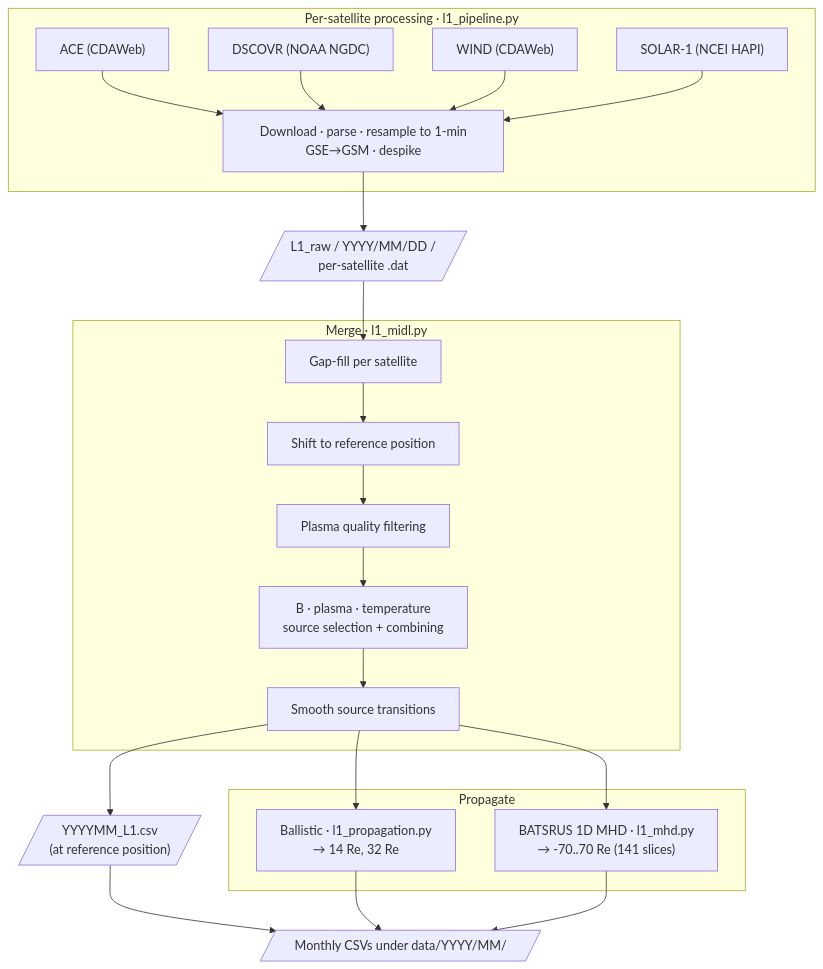
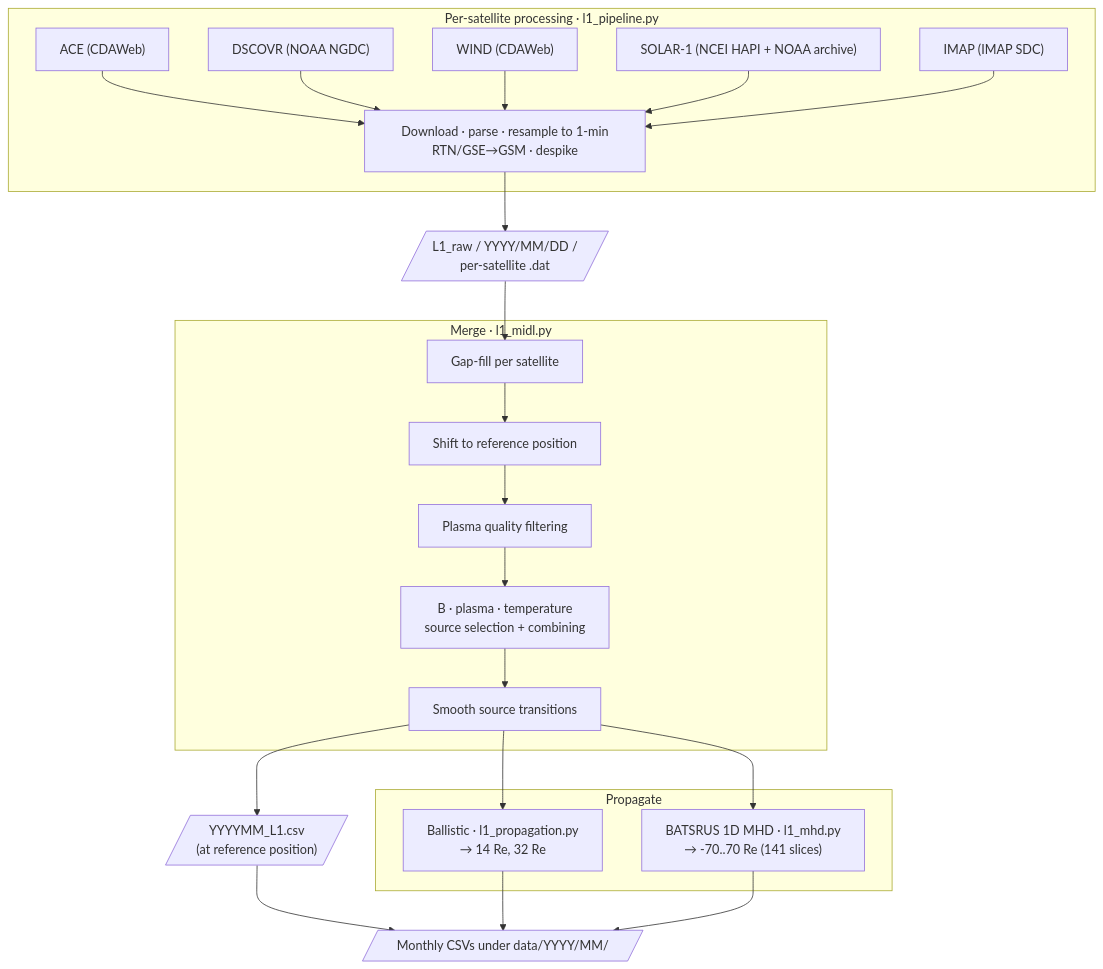
One commit to connordimarco/MIDL changed the diagram in README.md. Above: the diagram before and after it, drawn with Mermaid. The commit also changed other lines of this file and 11 other files, not shown here.

First line of the commit message:
Add IMAP and SOLAR-1 SWiPS plasma to the archival pipeline

````diff
--- a/README.md
+++ b/README.md
@@ -9,37 +9,38 @@
 ```mermaid
 %%{init: {'flowchart': {'htmlLabels': true, 'wrappingWidth': 400}}}%%
 flowchart TD
     subgraph SAT["Per-satellite processing · l1_pipeline.py"]
         ACE["ACE (CDAWeb)"]
         DSC["DSCOVR (NOAA NGDC)"]
         WND["WIND (CDAWeb)"]
-        SOL["SOLAR-1 (NCEI HAPI)"]
-        SP["&nbsp;&nbsp;&nbsp;&nbsp;Download · parse · resample to 1-min&nbsp;&nbsp;&nbsp;&nbsp;<br/>GSE→GSM · despike"]
-        ACE & DSC & WND & SOL --> SP
+        SOL["SOLAR-1 (NCEI HAPI + NOAA archive)"]
+        IMP["IMAP (IMAP SDC)"]
+        SP["&nbsp;&nbsp;&nbsp;&nbsp;Download · parse · resample to 1-min&nbsp;&nbsp;&nbsp;&nbsp;<br/>RTN/GSE→GSM · despike"]
+        ACE & DSC & WND & SOL & IMP --> SP
     end
 
     L1R[/"L1_raw / YYYY/MM/DD /<br/>per-satellite .dat"/]
 
     subgraph MERGE["Merge · l1_midl.py"]
         GF["Gap-fill per satellite"]
         PR["Shift to reference position"]
         QC["Plasma quality filtering"]
         SRC["&nbsp;&nbsp;&nbsp;&nbsp;B · plasma · temperature&nbsp;&nbsp;&nbsp;&nbsp;<br/>source selection + combining"]
         ST["Smooth source transitions"]
         GF --> PR --> QC --> SRC --> ST
     end
 
     L1CSV[/"YYYYMM_L1.csv<br/>(at reference position)"/]
 
     subgraph PROP["Propagate"]
         BAL["Ballistic · l1_propagation.py<br/>→ 14 Re, 32 Re"]
         MHD["BATSRUS 1D MHD · l1_mhd.py<br/>→ -70..70 Re (141 slices)"]
     end
 
     OUT[/"&nbsp;&nbsp;&nbsp;&nbsp;Monthly CSVs under data/YYYY/MM/&nbsp;&nbsp;&nbsp;&nbsp;"/]
 
     SP --> L1R --> GF
     ST --> L1CSV --> OUT
     ST --> BAL --> OUT
     ST --> MHD --> OUT
 ```
````
